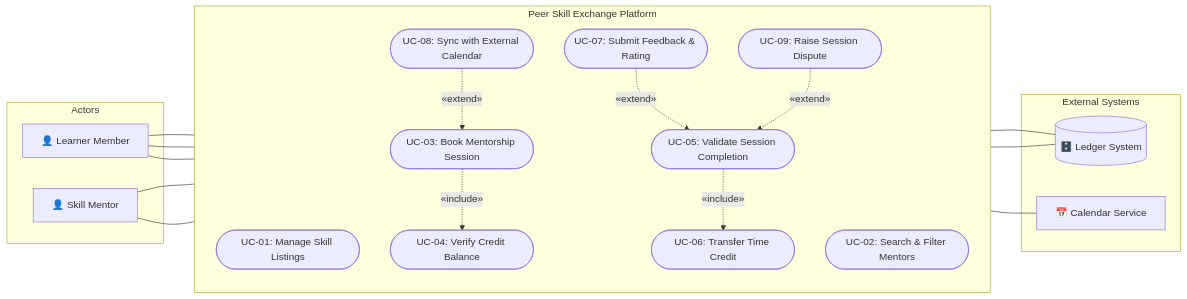
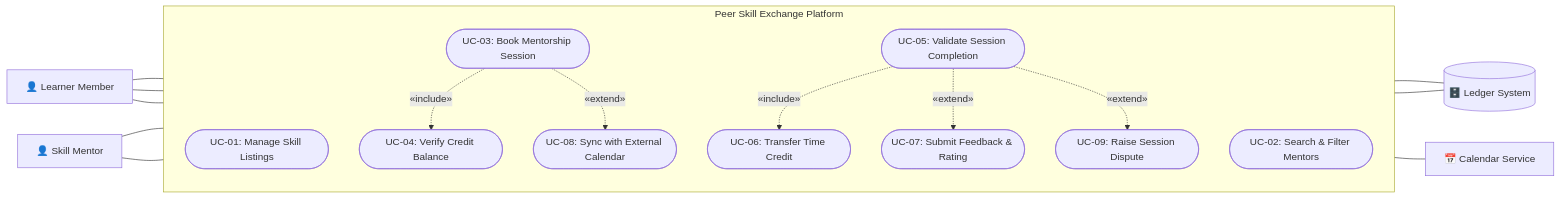
The diagram in README.md (ChigilarNishanth/SE-Lab-1_Activity), drawn with Mermaid before and after one commit.

Commit message:
fix: clean up mermaid layout to remove crossed lines

````diff
--- a/README.md
+++ b/README.md
@@ -20,49 +20,49 @@
 ```mermaid
 flowchart LR
-    %% Primary Human Actors (Left Side)
-    subgraph Primary_Actors ["Actors"]
-        Learner["👤 Learner Member"]
-        Mentor["👤 Skill Mentor"]
-    end
+    %% Primary Human Actors (Left)
+    Learner["👤 Learner Member"]
+    Mentor["👤 Skill Mentor"]
 
-    %% System Boundary
+    %% Platform Boundary
     subgraph Platform ["Peer Skill Exchange Platform"]
         direction TB
+        
+        %% Core Use Cases
         UC1(["UC-01: Manage Skill Listings"])
         UC2(["UC-02: Search & Filter Mentors"])
         UC3(["UC-03: Book Mentorship Session"])
+        UC5(["UC-05: Validate Session Completion"])
+        
+        %% Supporting / Included / Extended Use Cases
         UC4(["UC-04: Verify Credit Balance"])
-        UC5(["UC-05: Validate Session Completion"])
         UC6(["UC-06: Transfer Time Credit"])
         UC7(["UC-07: Submit Feedback & Rating"])
         UC8(["UC-08: Sync with External Calendar"])
         UC9(["UC-09: Raise Session Dispute"])
     end
 
-    %% Secondary System Actors (Right Side)
-    subgraph Secondary_Actors ["External Systems"]
-        Ledger[("🗄️ Ledger System")]
-        Calendar["📅 Calendar Service"]
-    end
+    %% External Systems (Right)
+    Ledger[("🗄️ Ledger System")]
+    Calendar["📅 Calendar Service"]
 
-    %% Actor to Use Case Associations (Solid lines)
+    %% Actor Connections (Straight into Core Use Cases)
+    Mentor --- UC1
     Learner --- UC2
     Learner --- UC3
     Learner --- UC5
-    Mentor --- UC1
     Mentor --- UC5
 
-    %% <<include>> Relationships (Base points to Included)
+    %% Include Relationships
     UC3 -. "&laquo;include&raquo;" .-> UC4
     UC5 -. "&laquo;include&raquo;" .-> UC6
 
-    %% <<extend>> Relationships (Extension points to Base)
-    UC8 -. "&laquo;extend&raquo;" .-> UC3
-    UC7 -. "&laquo;extend&raquo;" .-> UC5
-    UC9 -. "&laquo;extend&raquo;" .-> UC5
+    %% Extend Relationships
+    UC3 -. "&laquo;extend&raquo;" .-> UC8
+    UC5 -. "&laquo;extend&raquo;" .-> UC7
+    UC5 -. "&laquo;extend&raquo;" .-> UC9
 
-    %% System Actor Connections
+    %% External System Connections
     UC4 --- Ledger
     UC6 --- Ledger
     UC8 --- Calendar
 ```
````
